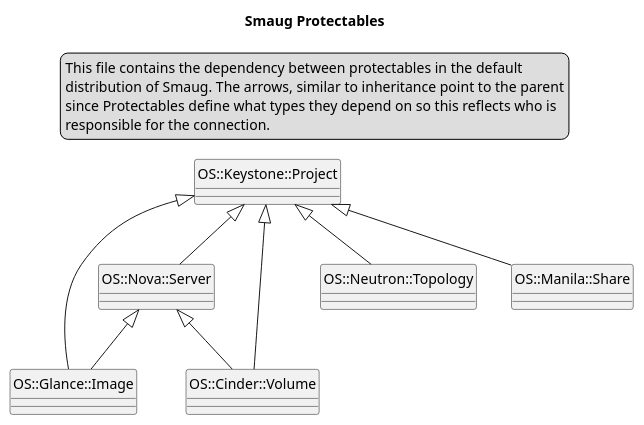
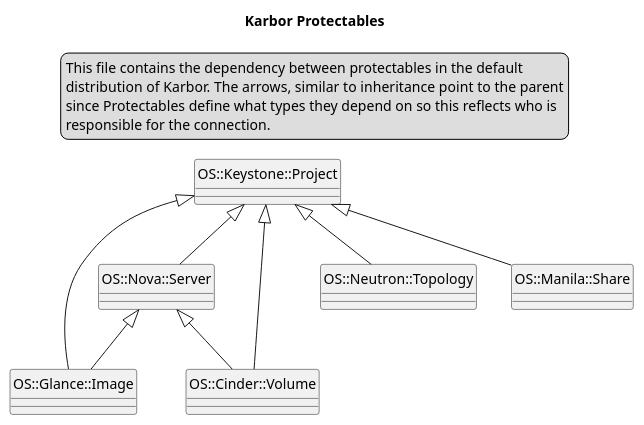
Before and after one commit to openstack-archive/karbor: the diagram in doc/source/specs/available_protectables.pu, drawn with PlantUML. The commit also changed 452 other files, not shown here.

First line of the commit message:
Change Smaug to Karbor

```diff
--- a/doc/source/specs/available_protectables.pu
+++ b/doc/source/specs/available_protectables.pu
@@ -1,26 +1,26 @@
 @startuml
 
-title Smaug Protectables
+title Karbor Protectables
 
 hide circle
 
 legend top
 This file contains the dependency between protectables in the default
-distribution of Smaug. The arrows, similar to inheritance point to the parent
+distribution of Karbor. The arrows, similar to inheritance point to the parent
 since Protectables define what types they depend on so this reflects who is
 responsible for the connection.
 endlegend
 
 class OS::Glance::Image extends OS::Nova::Server, OS::Keystone::Project
 
 class OS::Cinder::Volume extends OS::Nova::Server, OS::Keystone::Project
 
 class OS::Nova::Server extends OS::Keystone::Project
 
 class OS::Keystone::Project
 
 class OS::Neutron::Topology extends OS::Keystone::Project
 
 class OS::Manila::Share extends OS::Keystone::Project
 
 @enduml
```
